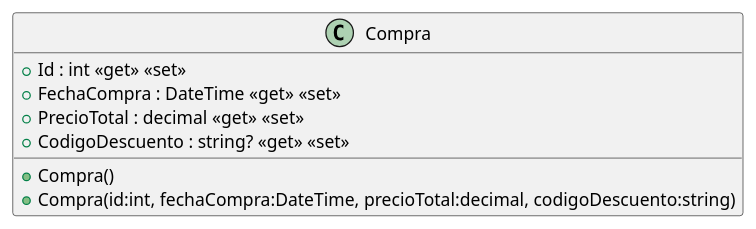
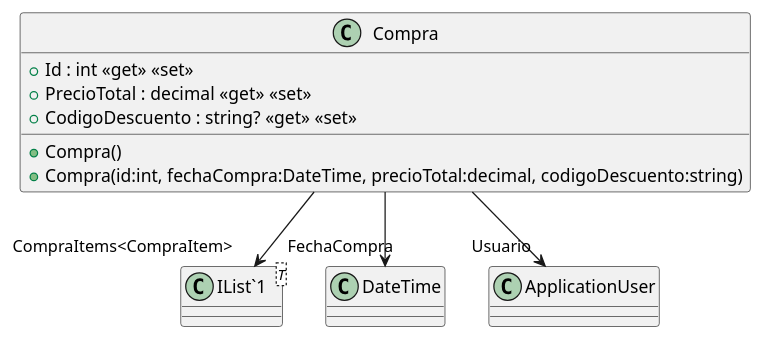
The diagram in src/AppForSEII.API/ClassDiagram/Compra.puml (ISII2627LosGremlins/ISII2627LosGremlins), drawn with PlantUML before and after one commit. The commit also changed 17 other files, not shown here.

```diff
--- a/src/AppForSEII.API/ClassDiagram/Compra.puml
+++ b/src/AppForSEII.API/ClassDiagram/Compra.puml
@@ -1,10 +1,14 @@
 @startuml
 class Compra {
     + Compra()
     + Compra(id:int, fechaCompra:DateTime, precioTotal:decimal, codigoDescuento:string)
     + Id : int <<get>> <<set>>
-    + FechaCompra : DateTime <<get>> <<set>>
     + PrecioTotal : decimal <<get>> <<set>>
     + CodigoDescuento : string? <<get>> <<set>>
 }
+class "IList`1"<T> {
+}
+Compra --> "FechaCompra" DateTime
+Compra --> "CompraItems<CompraItem>" "IList`1"
+Compra --> "Usuario" ApplicationUser
 @enduml
```
